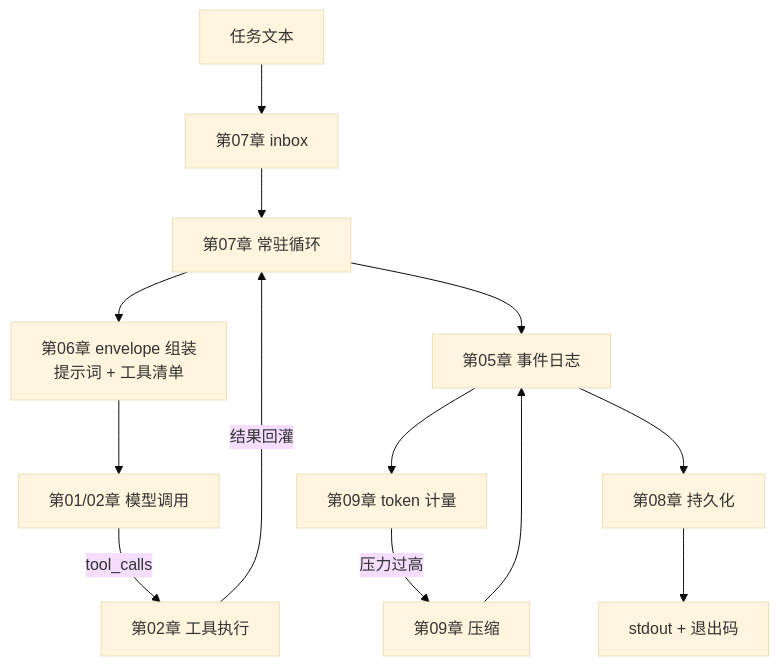
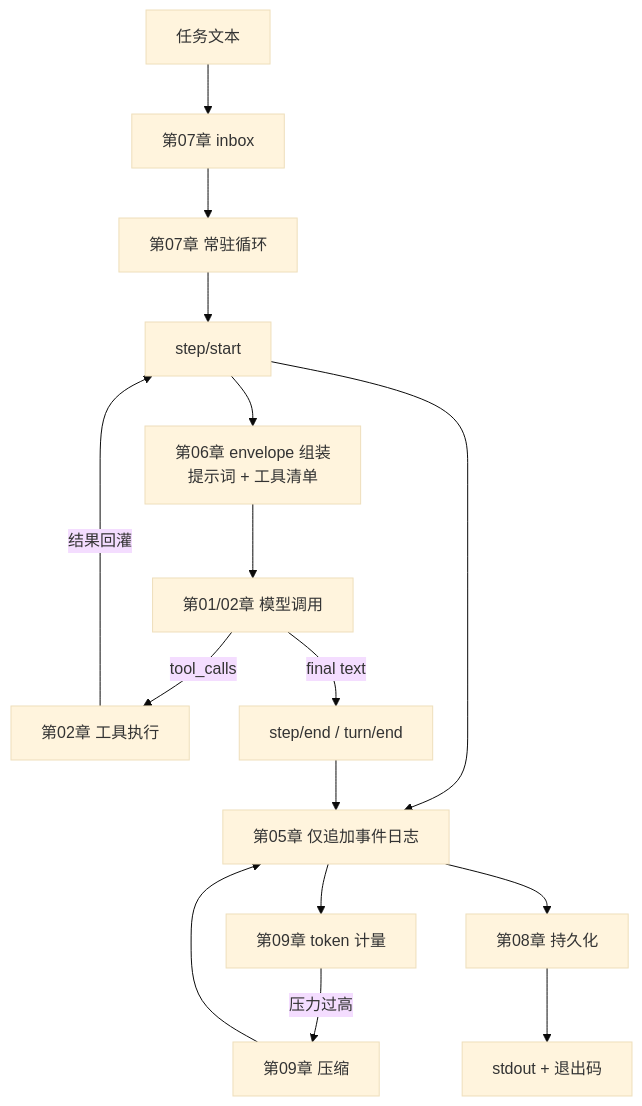
The diagram in chapters/17-headless-capstone/README.md (warmsum/mini-harness), drawn with Mermaid (base theme) before and after one commit. The commit also changed other lines of this file and 81 other files, not shown here.

````diff
--- a/chapters/17-headless-capstone/README.md
+++ b/chapters/17-headless-capstone/README.md
@@ -114,15 +127,18 @@
 ```mermaid
 flowchart TB
     TASK[任务文本] --> INBOX[第07章 inbox]
     INBOX --> LOOP[第07章 常驻循环]
-    LOOP --> ENV[第06章 envelope 组装<br>提示词 + 工具清单]
+    LOOP --> STEP[step/start]
+    STEP --> ENV[第06章 envelope 组装<br>提示词 + 工具清单]
     ENV --> CALL[第01/02章 模型调用]
     CALL -->|tool_calls| TOOLS[第02章 工具执行]
-    TOOLS -->|结果回灌| LOOP
-    LOOP --> LOG[第05章 事件日志]
+    TOOLS -->|结果回灌| STEP
+    CALL -->|final text| END[step/end / turn/end]
+    STEP --> LOG[第05章 仅追加事件日志]
+    END --> LOG
     LOG --> METER[第09章 token 计量]
     METER -->|压力过高| COMPACT[第09章 压缩]
     COMPACT --> LOG
     LOG --> PERSIST[第08章 持久化]
     PERSIST --> OUT[stdout + 退出码]
 ```
````
